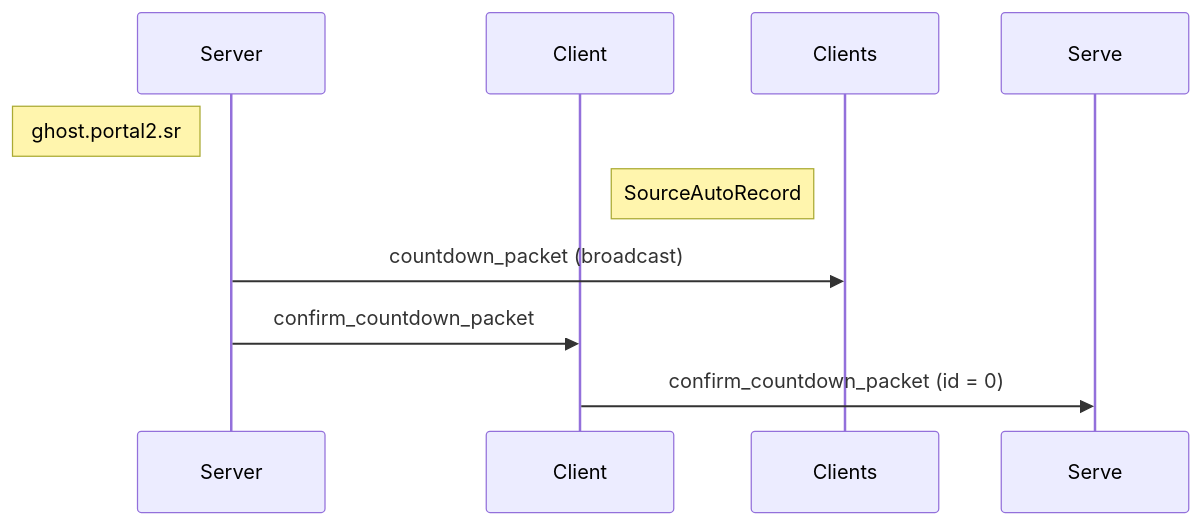
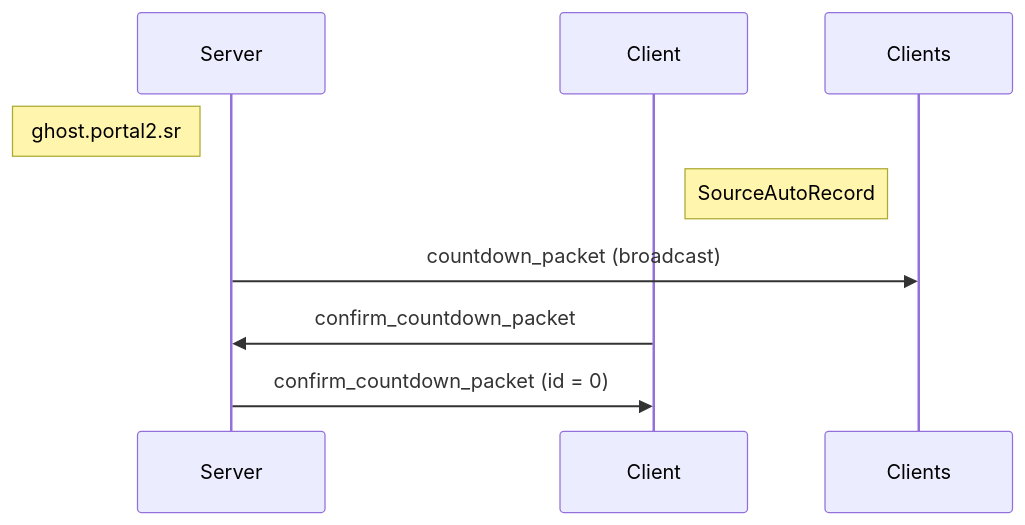
One commit to NeKzor/ghosting changed the sixth of 6 diagrams in README.md. Above: the diagram before and after it, drawn with Mermaid. The commit also changed other lines of this file, not shown here.

````diff
--- a/README.md
+++ b/README.md
@@ -227,12 +230,12 @@
 ```mermaid
 sequenceDiagram
     participant Server
     Note left of Server: ghost.portal2.sr
     participant Client
     Note right of Client: SourceAutoRecord
 
     Server->>Clients: countdown_packet (broadcast)
 
-    Server->>Client: confirm_countdown_packet
-    Client->>Serve: confirm_countdown_packet (id = 0)
+    Client->>Server: confirm_countdown_packet
+    Server->>Client: confirm_countdown_packet (id = 0)
 ```
````
